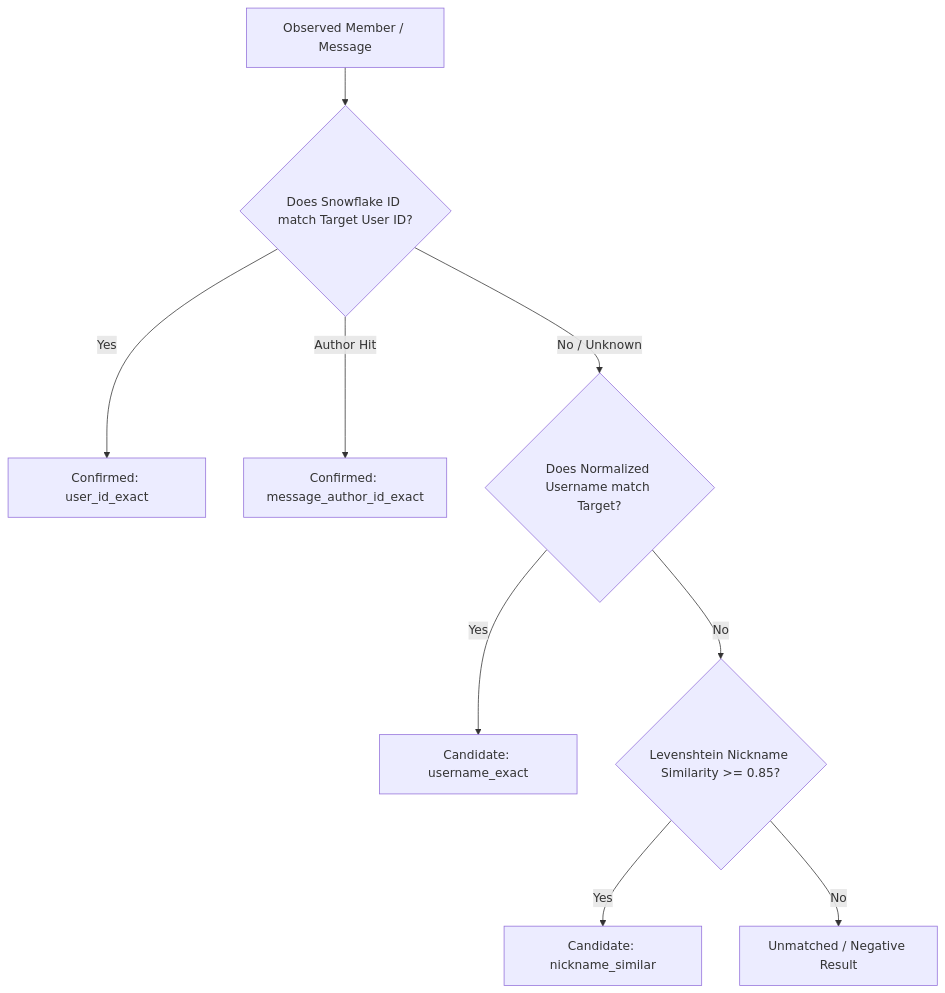
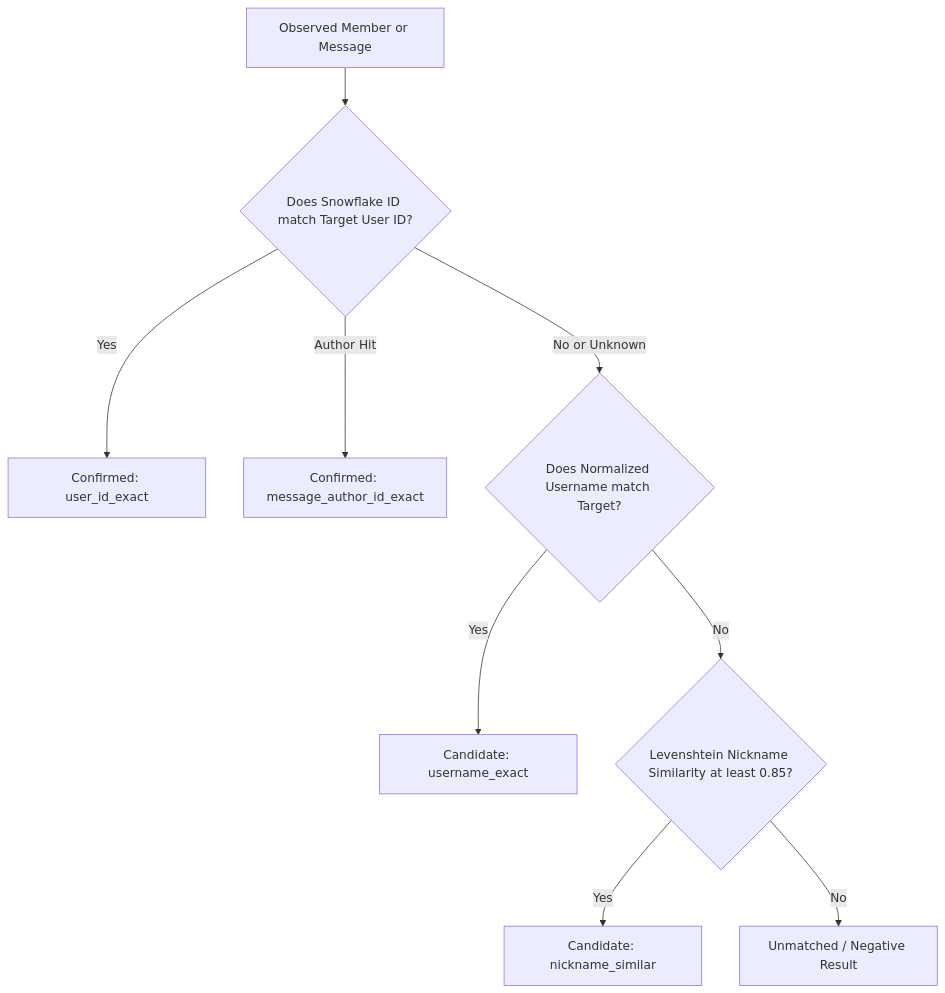
One commit to Kingof3O/discord-osint changed the third of 3 diagrams in docs/architecture.md. Above: the diagram before and after it, drawn with Mermaid. The commit also changed other lines of this file and 1 other file, not shown here.

Commit message:
fix(docs): resolve Mermaid syntax errors and escape parameters in diagrams

````diff
--- a/docs/architecture.md
+++ b/docs/architecture.md
@@ -120,15 +120,15 @@
 ```mermaid
 graph TD
-    INPUT[Observed Member / Message] --> ID_CHECK{Does Snowflake ID match Target User ID?}
+    INPUT["Observed Member or Message"] --> ID_CHECK{"Does Snowflake ID match Target User ID?"}
     
-    ID_CHECK -->|Yes| CONFIRMED[Confirmed: user_id_exact]
-    ID_CHECK -->|Author Hit| CONFIRMED2[Confirmed: message_author_id_exact]
+    ID_CHECK -->|Yes| CONFIRMED["Confirmed: user_id_exact"]
+    ID_CHECK -->|Author Hit| CONFIRMED2["Confirmed: message_author_id_exact"]
     
-    ID_CHECK -->|No / Unknown| UNAME_CHECK{Does Normalized Username match Target?}
+    ID_CHECK -->|No or Unknown| UNAME_CHECK{"Does Normalized Username match Target?"}
     
-    UNAME_CHECK -->|Yes| CANDIDATE1[Candidate: username_exact]
-    UNAME_CHECK -->|No| NICK_CHECK{Levenshtein Nickname Similarity >= 0.85?}
+    UNAME_CHECK -->|Yes| CANDIDATE1["Candidate: username_exact"]
+    UNAME_CHECK -->|No| NICK_CHECK{"Levenshtein Nickname Similarity at least 0.85?"}
     
-    NICK_CHECK -->|Yes| CANDIDATE2[Candidate: nickname_similar]
-    NICK_CHECK -->|No| NOT_FOUND[Unmatched / Negative Result]
+    NICK_CHECK -->|Yes| CANDIDATE2["Candidate: nickname_similar"]
+    NICK_CHECK -->|No| NOT_FOUND["Unmatched / Negative Result"]
 ```
````
